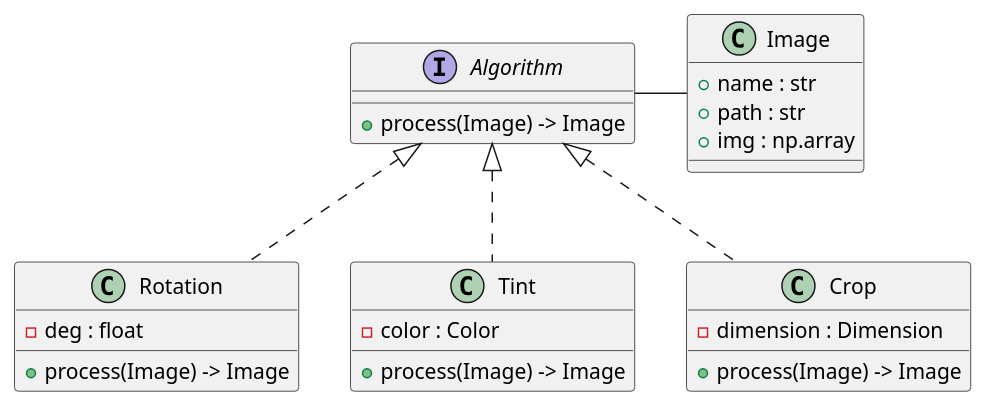
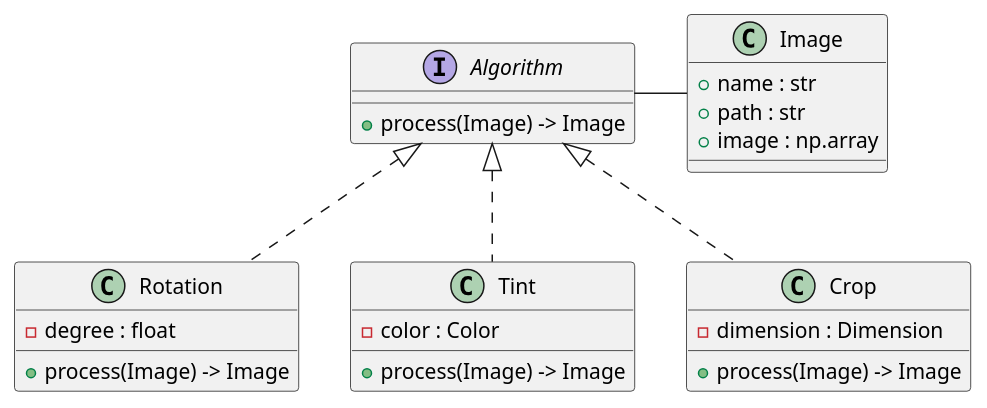
One commit to dvpv/iat changed the diagram in docs/diagrams/classes.pu. Above: the diagram before and after it, drawn with PlantUML. The commit also changed 7 other files, not shown here.

```diff
--- a/docs/diagrams/classes.pu
+++ b/docs/diagrams/classes.pu
@@ -1,40 +1,40 @@
 @startuml classes
 
 interface Algorithm
 {
     +process(Image) -> Image
 }
 
 class Rotation
 {
-    -deg : float
+    -degree : float
     +process(Image) -> Image
 }
 
 class Tint
 {
     -color : Color
     +process(Image) -> Image
 }
 
 class Crop
 {
     {field}-dimension : Dimension
     +process(Image) -> Image
 }
 
 class Image
 {
     +name : str
     +path : str
-    +img : np.array
+    +image : np.array
 }
 
 Algorithm - Image
 Algorithm <|.. Rotation
 Algorithm <|.. Tint
 Algorithm <|.. Crop
 
 
 
 @enduml
```
